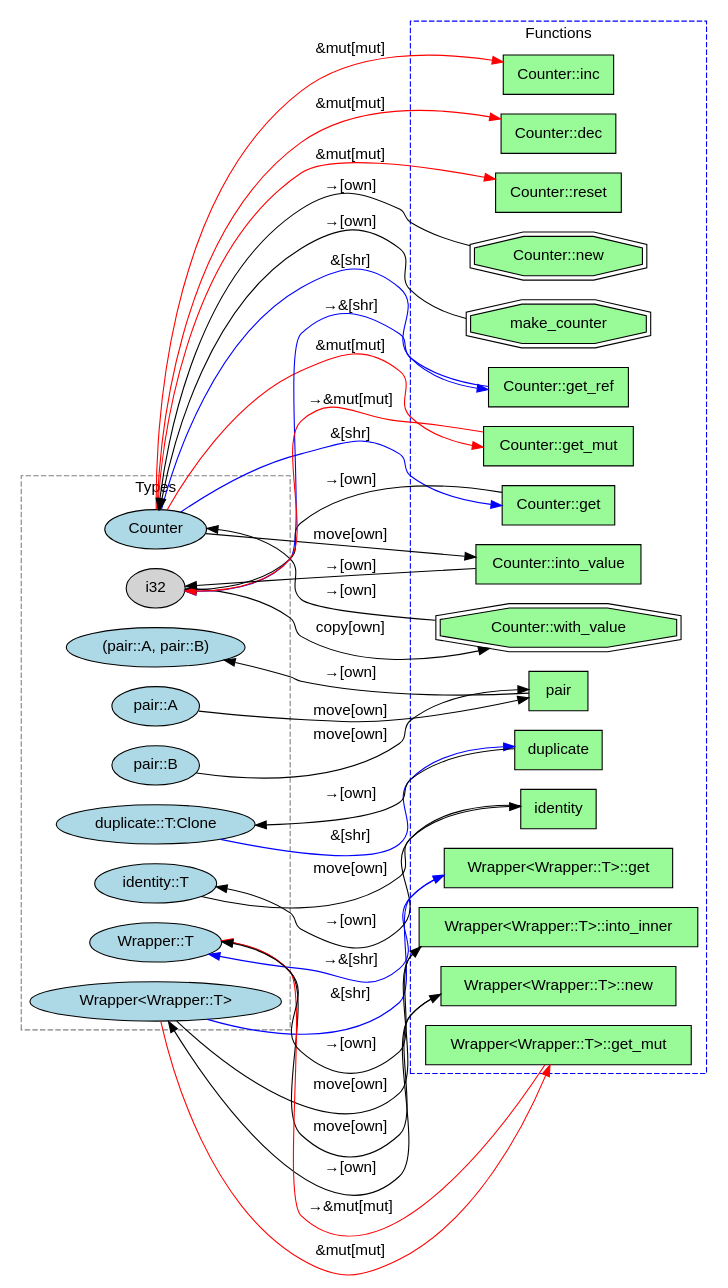
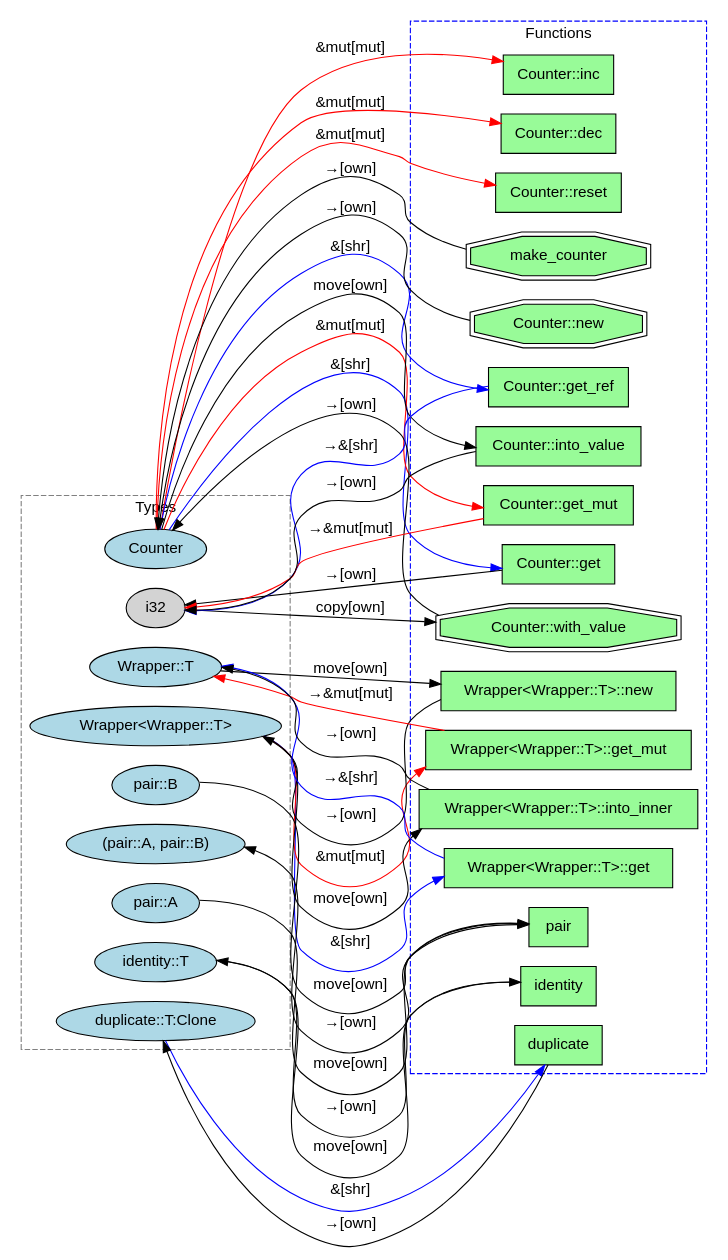
Before and after one commit to kevindadi/RustSynth: the diagram in test_output/toy_api/apigraph.dot, drawn with Graphviz. The commit also changed 5 other files, not shown here.

```diff
--- a/test_output/toy_api/apigraph.dot
+++ b/test_output/toy_api/apigraph.dot
@@ -1,78 +1,78 @@
 digraph ApiGraph {
   rankdir=LR;
   fontname="Helvetica";
   node [fontname="Helvetica"];
   edge [fontname="Helvetica"];
 
   // Type nodes (椭圆)
   subgraph cluster_types {
     label="Types";
     style=dashed;
     color=gray;
     T0 [label="Counter", shape=ellipse, style=filled, fillcolor=lightblue];
-    T1 [label="i32", shape=ellipse, style=filled, fillcolor=lightgray];
-    T2 [label="duplicate::T:Clone", shape=ellipse, style=filled, fillcolor=lightblue];
+    T1 [label="Wrapper::T", shape=ellipse, style=filled, fillcolor=lightblue];
+    T2 [label="Wrapper<Wrapper::T>", shape=ellipse, style=filled, fillcolor=lightblue];
     T3 [label="pair::A", shape=ellipse, style=filled, fillcolor=lightblue];
     T4 [label="pair::B", shape=ellipse, style=filled, fillcolor=lightblue];
     T5 [label="(pair::A, pair::B)", shape=ellipse, style=filled, fillcolor=lightblue];
-    T6 [label="identity::T", shape=ellipse, style=filled, fillcolor=lightblue];
-    T7 [label="Wrapper::T", shape=ellipse, style=filled, fillcolor=lightblue];
-    T8 [label="Wrapper<Wrapper::T>", shape=ellipse, style=filled, fillcolor=lightblue];
+    T6 [label="i32", shape=ellipse, style=filled, fillcolor=lightgray];
+    T7 [label="identity::T", shape=ellipse, style=filled, fillcolor=lightblue];
+    T8 [label="duplicate::T:Clone", shape=ellipse, style=filled, fillcolor=lightblue];
   }
 
   // Function nodes (方框)
   subgraph cluster_functions {
     label="Functions";
     style=dashed;
     color=blue;
-    F0 [label="Counter::new", shape=doubleoctagon, style=filled, fillcolor=palegreen];
-    F1 [label="Counter::with_value", shape=doubleoctagon, style=filled, fillcolor=palegreen];
-    F2 [label="Counter::inc", shape=box, style=filled, fillcolor=palegreen];
-    F3 [label="Counter::dec", shape=box, style=filled, fillcolor=palegreen];
-    F4 [label="Counter::reset", shape=box, style=filled, fillcolor=palegreen];
-    F5 [label="Counter::get", shape=box, style=filled, fillcolor=palegreen];
-    F6 [label="Counter::get_ref", shape=box, style=filled, fillcolor=palegreen];
-    F7 [label="Counter::get_mut", shape=box, style=filled, fillcolor=palegreen];
-    F8 [label="Counter::into_value", shape=box, style=filled, fillcolor=palegreen];
-    F9 [label="duplicate", shape=box, style=filled, fillcolor=palegreen];
-    F10 [label="make_counter", shape=doubleoctagon, style=filled, fillcolor=palegreen];
-    F11 [label="pair", shape=box, style=filled, fillcolor=palegreen];
-    F12 [label="identity", shape=box, style=filled, fillcolor=palegreen];
-    F13 [label="Wrapper<Wrapper::T>::new", shape=box, style=filled, fillcolor=palegreen];
-    F14 [label="Wrapper<Wrapper::T>::get", shape=box, style=filled, fillcolor=palegreen];
-    F15 [label="Wrapper<Wrapper::T>::get_mut", shape=box, style=filled, fillcolor=palegreen];
-    F16 [label="Wrapper<Wrapper::T>::into_inner", shape=box, style=filled, fillcolor=palegreen];
+    F0 [label="make_counter", shape=doubleoctagon, style=filled, fillcolor=palegreen];
+    F1 [label="Wrapper<Wrapper::T>::new", shape=box, style=filled, fillcolor=palegreen];
+    F2 [label="Wrapper<Wrapper::T>::get", shape=box, style=filled, fillcolor=palegreen];
+    F3 [label="Wrapper<Wrapper::T>::get_mut", shape=box, style=filled, fillcolor=palegreen];
+    F4 [label="Wrapper<Wrapper::T>::into_inner", shape=box, style=filled, fillcolor=palegreen];
+    F5 [label="pair", shape=box, style=filled, fillcolor=palegreen];
+    F6 [label="Counter::new", shape=doubleoctagon, style=filled, fillcolor=palegreen];
+    F7 [label="Counter::with_value", shape=doubleoctagon, style=filled, fillcolor=palegreen];
+    F8 [label="Counter::inc", shape=box, style=filled, fillcolor=palegreen];
+    F9 [label="Counter::dec", shape=box, style=filled, fillcolor=palegreen];
+    F10 [label="Counter::reset", shape=box, style=filled, fillcolor=palegreen];
+    F11 [label="Counter::get", shape=box, style=filled, fillcolor=palegreen];
+    F12 [label="Counter::get_ref", shape=box, style=filled, fillcolor=palegreen];
+    F13 [label="Counter::get_mut", shape=box, style=filled, fillcolor=palegreen];
+    F14 [label="Counter::into_value", shape=box, style=filled, fillcolor=palegreen];
+    F15 [label="identity", shape=box, style=filled, fillcolor=palegreen];
+    F16 [label="duplicate", shape=box, style=filled, fillcolor=palegreen];
   }
 
   // Edges
   F0 -> T0 [label="→[own]", color=black, style=solid];
-  T1 -> F1 [label="copy[own]", color=black, style=solid];
-  F1 -> T0 [label="→[own]", color=black, style=solid];
-  T0 -> F2 [label="&mut[mut]", color=red, style=solid];
-  T0 -> F3 [label="&mut[mut]", color=red, style=solid];
-  T0 -> F4 [label="&mut[mut]", color=red, style=solid];
-  T0 -> F5 [label="&[shr]", color=blue, style=solid];
-  F5 -> T1 [label="→[own]", color=black, style=solid];
-  T0 -> F6 [label="&[shr]", color=blue, style=solid];
-  F6 -> T1 [label="→&[shr]", color=blue, style=solid];
-  T0 -> F7 [label="&mut[mut]", color=red, style=solid];
-  F7 -> T1 [label="→&mut[mut]", color=red, style=solid];
-  T0 -> F8 [label="move[own]", color=black, style=solid];
-  F8 -> T1 [label="→[own]", color=black, style=solid];
-  T2 -> F9 [label="&[shr]", color=blue, style=solid];
-  F9 -> T2 [label="→[own]", color=black, style=solid];
-  F10 -> T0 [label="→[own]", color=black, style=solid];
-  T3 -> F11 [label="move[own]", color=black, style=solid];
-  T4 -> F11 [label="move[own]", color=black, style=solid];
-  F11 -> T5 [label="→[own]", color=black, style=solid];
-  T6 -> F12 [label="move[own]", color=black, style=solid];
-  F12 -> T6 [label="→[own]", color=black, style=solid];
-  T7 -> F13 [label="move[own]", color=black, style=solid];
-  F13 -> T8 [label="→[own]", color=black, style=solid];
-  T8 -> F14 [label="&[shr]", color=blue, style=solid];
-  F14 -> T7 [label="→&[shr]", color=blue, style=solid];
-  T8 -> F15 [label="&mut[mut]", color=red, style=solid];
-  F15 -> T7 [label="→&mut[mut]", color=red, style=solid];
-  T8 -> F16 [label="move[own]", color=black, style=solid];
-  F16 -> T7 [label="→[own]", color=black, style=solid];
+  T1 -> F1 [label="move[own]", color=black, style=solid];
+  F1 -> T2 [label="→[own]", color=black, style=solid];
+  T2 -> F2 [label="&[shr]", color=blue, style=solid];
+  F2 -> T1 [label="→&[shr]", color=blue, style=solid];
+  T2 -> F3 [label="&mut[mut]", color=red, style=solid];
+  F3 -> T1 [label="→&mut[mut]", color=red, style=solid];
+  T2 -> F4 [label="move[own]", color=black, style=solid];
+  F4 -> T1 [label="→[own]", color=black, style=solid];
+  T3 -> F5 [label="move[own]", color=black, style=solid];
+  T4 -> F5 [label="move[own]", color=black, style=solid];
+  F5 -> T5 [label="→[own]", color=black, style=solid];
+  F6 -> T0 [label="→[own]", color=black, style=solid];
+  T6 -> F7 [label="copy[own]", color=black, style=solid];
+  F7 -> T0 [label="→[own]", color=black, style=solid];
+  T0 -> F8 [label="&mut[mut]", color=red, style=solid];
+  T0 -> F9 [label="&mut[mut]", color=red, style=solid];
+  T0 -> F10 [label="&mut[mut]", color=red, style=solid];
+  T0 -> F11 [label="&[shr]", color=blue, style=solid];
+  F11 -> T6 [label="→[own]", color=black, style=solid];
+  T0 -> F12 [label="&[shr]", color=blue, style=solid];
+  F12 -> T6 [label="→&[shr]", color=blue, style=solid];
+  T0 -> F13 [label="&mut[mut]", color=red, style=solid];
+  F13 -> T6 [label="→&mut[mut]", color=red, style=solid];
+  T0 -> F14 [label="move[own]", color=black, style=solid];
+  F14 -> T6 [label="→[own]", color=black, style=solid];
+  T7 -> F15 [label="move[own]", color=black, style=solid];
+  F15 -> T7 [label="→[own]", color=black, style=solid];
+  T8 -> F16 [label="&[shr]", color=blue, style=solid];
+  F16 -> T8 [label="→[own]", color=black, style=solid];
 }
```
